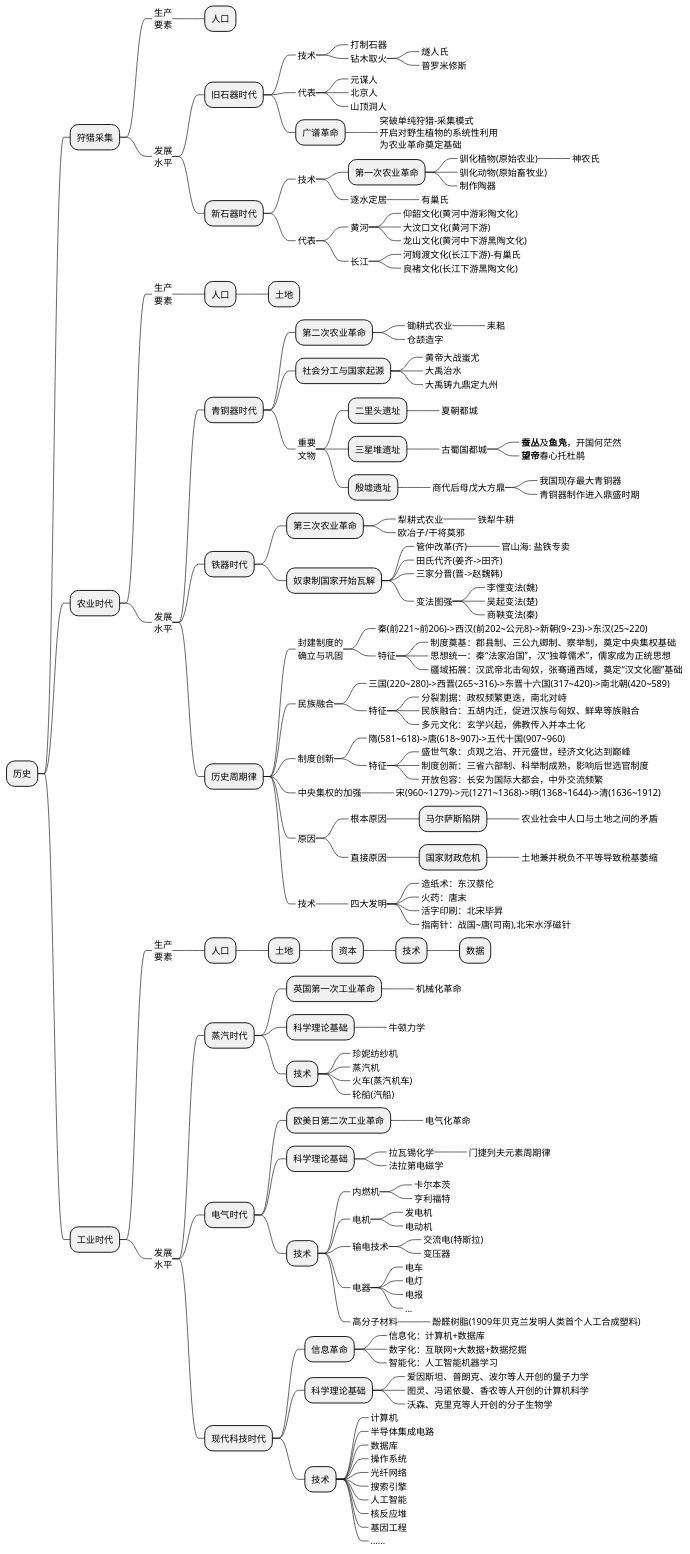
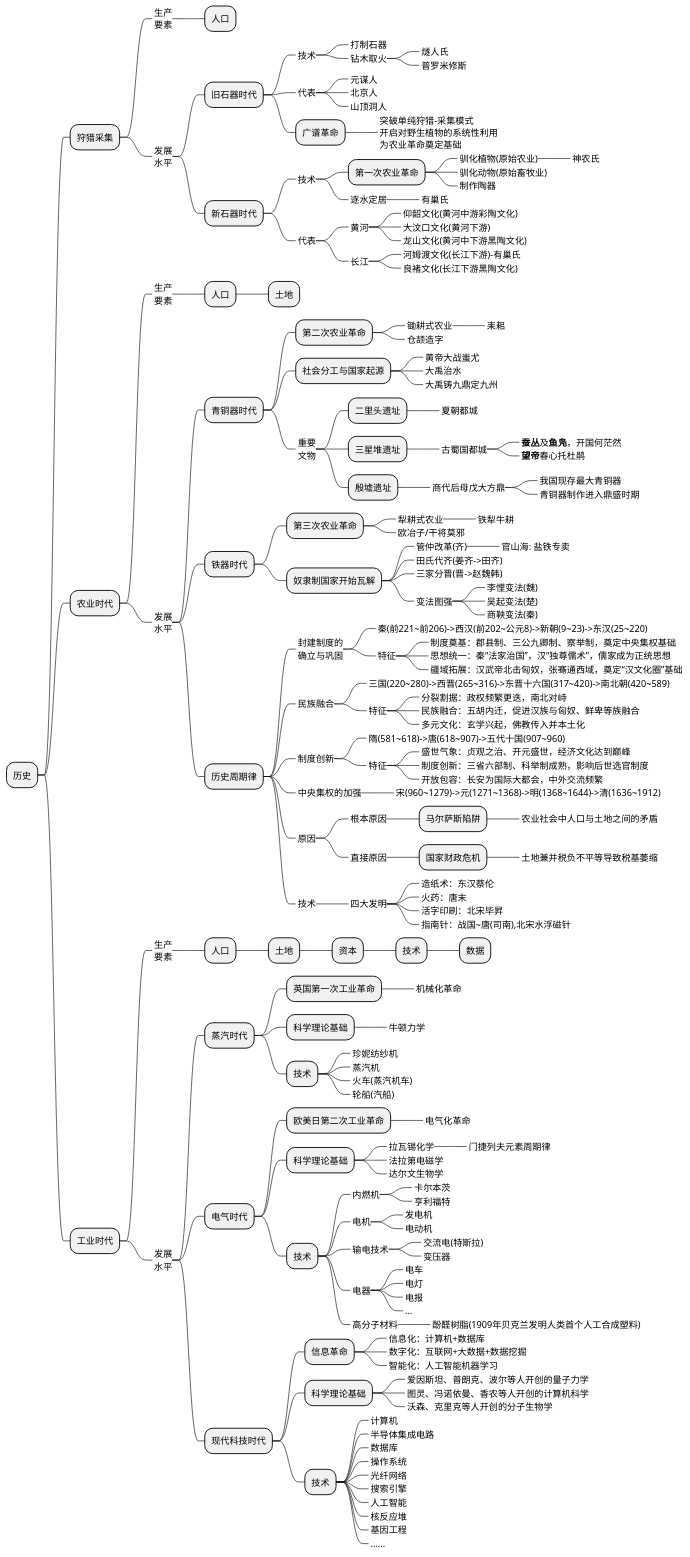
One commit to holmofy/blog.hufeifei.cn changed the first of 2 diagrams in source/_posts/economic/economic_and_history.md. Above: the diagram before and after it, drawn with PlantUML.

```diff
--- a/source/_posts/economic/economic_and_history.md
+++ b/source/_posts/economic/economic_and_history.md
@@ -151,6 +151,7 @@
 ++++++_ 拉瓦锡化学
 +++++++_ 门捷列夫元素周期律
 ++++++_ 法拉第电磁学
+++++++_ 达尔文生物学
 +++++ 技术
 ++++++_ 内燃机
 +++++++_ 卡尔本茨
```
